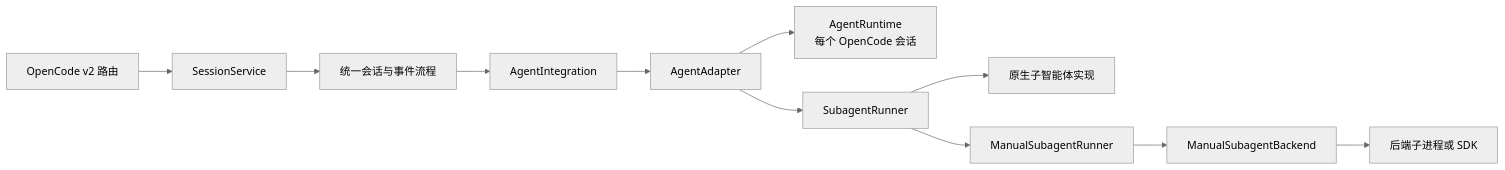
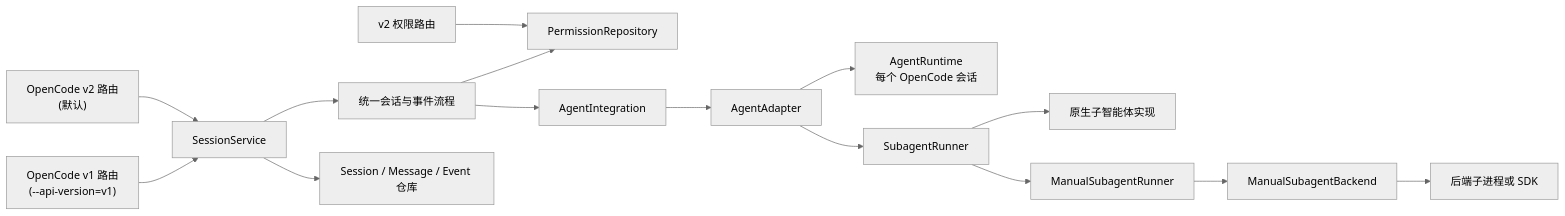
One commit to wkgcass/opencode-server-adaptor changed the diagram in INTERFACE.md. Above: the diagram before and after it, drawn with Mermaid (neutral theme). The commit also changed other lines of this file and 58 other files, not shown here.

First line of the commit message:
feat: improve OpenCode desktop protocol compatibility

````diff
--- a/INTERFACE.md
+++ b/INTERFACE.md
@@ -19,14 +19,18 @@
 ```mermaid
 flowchart LR
-    V2["OpenCode v2 路由"] --> Service["SessionService"]
+    V2["OpenCode v2 路由<br/>(默认)"] --> Service["SessionService"]
+    V1["OpenCode v1 路由<br/>(--api-version=v1)"] --> Service
+    Permission["v2 权限路由"] --> PermissionRepo["PermissionRepository"]
     Service --> Server["统一会话与事件流程"]
+    Service --> Repositories["Session / Message / Event 仓库"]
     Server --> Integration["AgentIntegration"]
+    Server --> PermissionRepo
     Integration --> Adapter["AgentAdapter"]
     Adapter --> Runtime["AgentRuntime<br/>每个 OpenCode 会话"]
     Adapter --> Subagent["SubagentRunner"]
 
     Subagent --> Native["原生子智能体实现"]
     Subagent --> Manual["ManualSubagentRunner"]
     Manual --> Backend["ManualSubagentBackend"]
     Backend --> Process["后端子进程或 SDK"]
 ```
````
